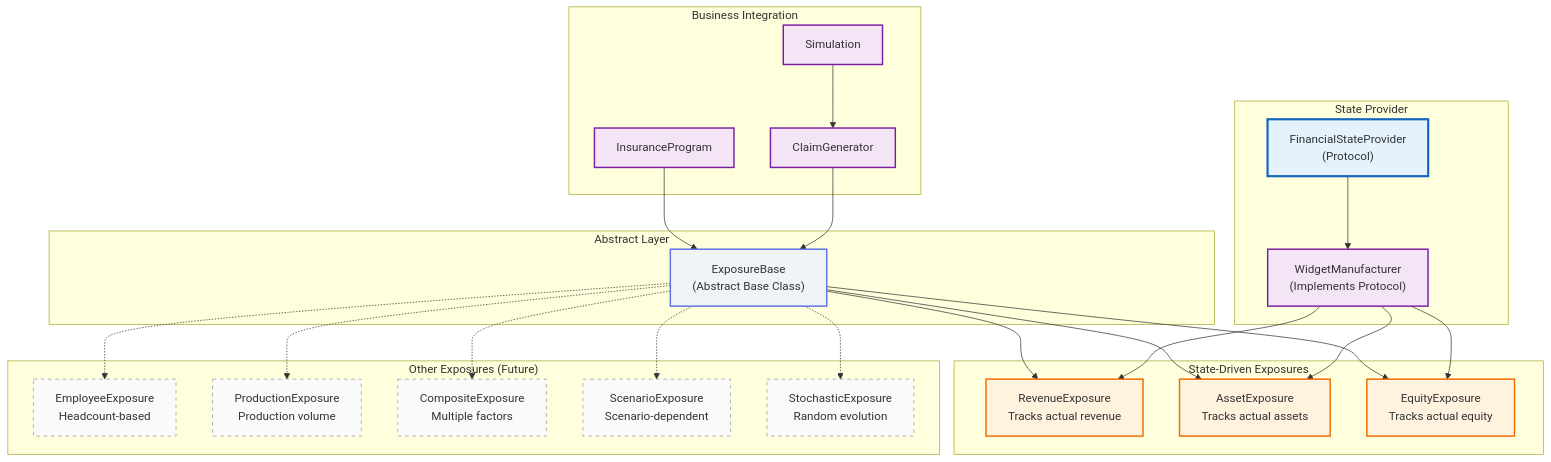
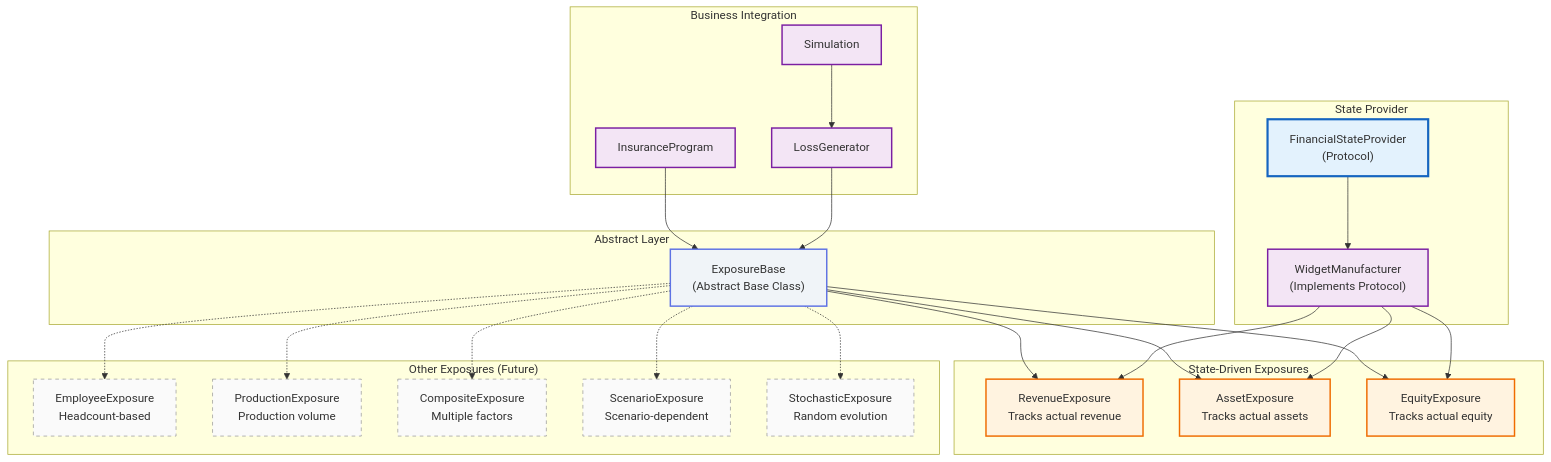
Before and after one commit to AlexFiliakov/Ergodic-Insurance-Limits: the first of 2 diagrams in ergodic_insurance/docs/architecture/exposure_system.md, drawn with Mermaid. The commit also changed other lines of this file and 30 other files, not shown here.

First line of the commit message:
Fix: Remove deprecated ClaimGenerator module (#242) (#249)

````diff
--- a/ergodic_insurance/docs/architecture/exposure_system.md
+++ b/ergodic_insurance/docs/architecture/exposure_system.md
@@ -7,68 +7,68 @@
 ```{mermaid}
 graph TB
     %% State Provider
     subgraph Provider["State Provider"]
         STATE_PROVIDER["FinancialStateProvider<br/>(Protocol)"]
         MANUFACTURER["WidgetManufacturer<br/>(Implements Protocol)"]
     end
 
     %% Abstract Base
     subgraph Abstract["Abstract Layer"]
         EXPOSURE_BASE["ExposureBase<br/>(Abstract Base Class)"]
     end
 
     %% State-Driven Implementations
     subgraph StateDrivern["State-Driven Exposures"]
         REVENUE["RevenueExposure<br/>Tracks actual revenue"]
         ASSET["AssetExposure<br/>Tracks actual assets"]
         EQUITY["EquityExposure<br/>Tracks actual equity"]
     end
 
     %% Other Implementations (Future Work)
     subgraph Other["Other Exposures (Future)"]
         EMPLOYEE["EmployeeExposure<br/>Headcount-based"]
         PRODUCTION["ProductionExposure<br/>Production volume"]
         COMPOSITE["CompositeExposure<br/>Multiple factors"]
         SCENARIO["ScenarioExposure<br/>Scenario-dependent"]
         STOCHASTIC["StochasticExposure<br/>Random evolution"]
     end
 
     %% Business Integration
     subgraph Business["Business Integration"]
         SIMULATION["Simulation"]
         INSURANCE["InsuranceProgram"]
-        CLAIM_GEN["ClaimGenerator"]
+        LOSS_GEN["LossGenerator"]
     end
 
     %% Relationships
     STATE_PROVIDER --> MANUFACTURER
     MANUFACTURER --> REVENUE
     MANUFACTURER --> ASSET
     MANUFACTURER --> EQUITY
 
     EXPOSURE_BASE --> REVENUE
     EXPOSURE_BASE --> ASSET
     EXPOSURE_BASE --> EQUITY
     EXPOSURE_BASE -.-> EMPLOYEE
     EXPOSURE_BASE -.-> PRODUCTION
     EXPOSURE_BASE -.-> COMPOSITE
     EXPOSURE_BASE -.-> SCENARIO
     EXPOSURE_BASE -.-> STOCHASTIC
 
-    SIMULATION --> CLAIM_GEN
-    CLAIM_GEN --> EXPOSURE_BASE
+    SIMULATION --> LOSS_GEN
+    LOSS_GEN --> EXPOSURE_BASE
     INSURANCE --> EXPOSURE_BASE
 
     %% Styling
     classDef protocol fill:#e3f2fd,stroke:#1565c0,stroke-width:3px
     classDef abstract fill:#f0f4f8,stroke:#5e72e4,stroke-width:2px
     classDef impl fill:#fff3e0,stroke:#ef6c00,stroke-width:2px
     classDef future fill:#fafafa,stroke:#999,stroke-width:1px,stroke-dasharray: 5 5
     classDef business fill:#f3e5f5,stroke:#7b1fa2,stroke-width:2px
 
     class STATE_PROVIDER protocol
     class EXPOSURE_BASE abstract
     class REVENUE,ASSET,EQUITY impl
     class EMPLOYEE,PRODUCTION,COMPOSITE,SCENARIO,STOCHASTIC future
-    class MANUFACTURER,SIMULATION,INSURANCE,CLAIM_GEN business
+    class MANUFACTURER,SIMULATION,INSURANCE,LOSS_GEN business
 ```
````
